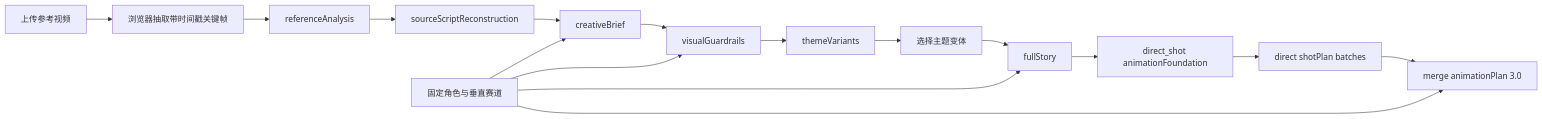
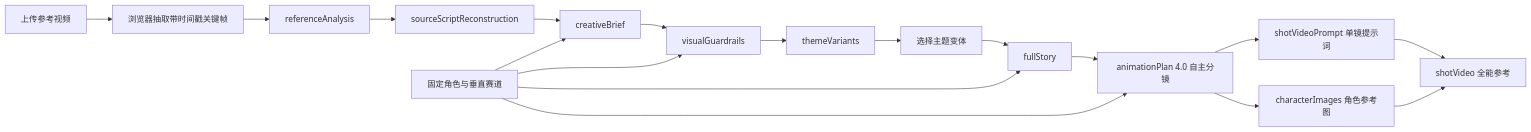
One commit to marriannedagwwn-bot/mimo-short-video-director changed the diagram in docs/workflow-spec.md. Above: the diagram before and after it, drawn with Mermaid. The commit also changed other lines of this file and 21 other files, not shown here.

````diff
--- a/docs/workflow-spec.md
+++ b/docs/workflow-spec.md
@@ -14,18 +14,20 @@
 ```mermaid
 flowchart LR
     A[上传参考视频] --> B[浏览器抽取带时间戳关键帧]
     B --> C[referenceAnalysis]
     C --> D[sourceScriptReconstruction]
     D --> E[creativeBrief]
     E --> V[visualGuardrails]
     V --> F[themeVariants]
     F --> H[选择主题变体]
     H --> I[fullStory]
-    I --> J1[direct_shot animationFoundation]
-    J1 --> J2[direct shotPlan batches]
-    J2 --> J[merge animationPlan 3.0]
+    I --> J[animationPlan 4.0 自主分镜]
+    J --> R[characterImages 角色参考图]
+    J --> K[shotVideoPrompt 单镜提示词]
+    K --> L[shotVideo 全能参考]
+    R --> L
     G[固定角色与垂直赛道] --> E
     G --> V
     G --> I
     G --> J
 ```
````
